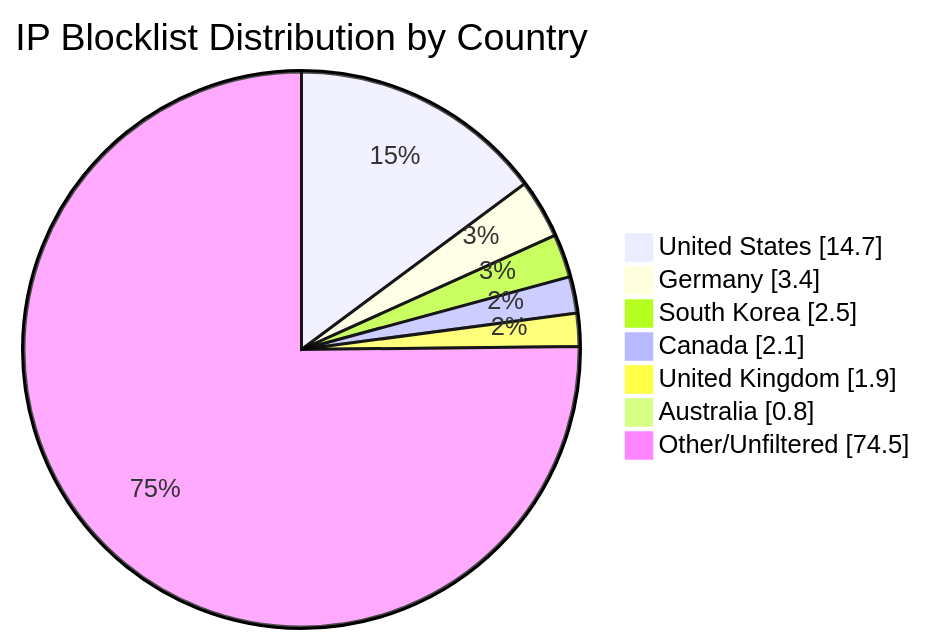
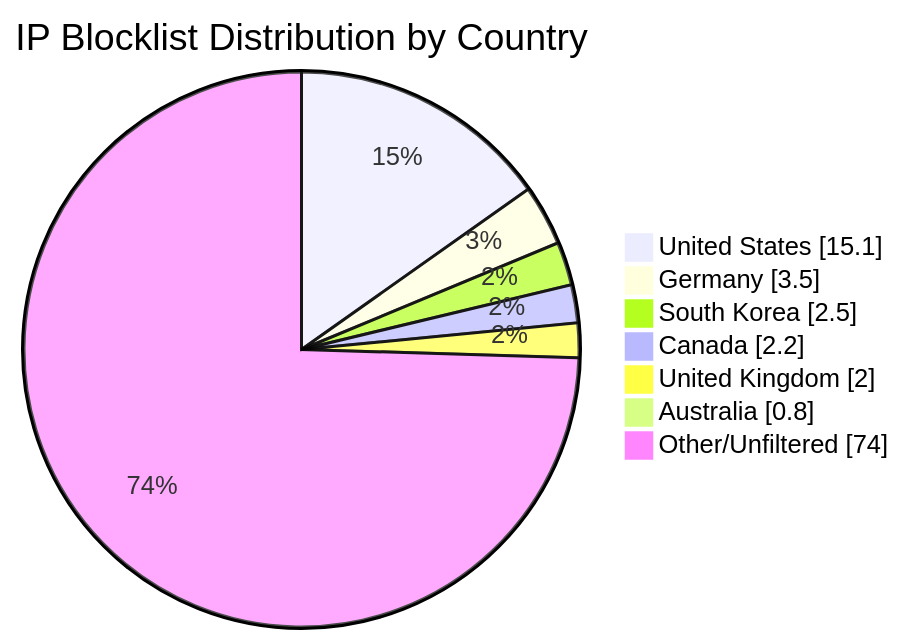
Before and after one commit to MarcusHoltz/ipblocklist-geofiltered-aggregator: the diagram in README.md, drawn with Mermaid. The commit also changed other lines of this file and 9 other files, not shown here.

````diff
--- a/README.md
+++ b/README.md
@@ -34,10 +34,10 @@
 ```mermaid
 pie showData title IP Blocklist Distribution by Country
-"United States" : 14.7
-"Germany" : 3.4
+"United States" : 15.1
+"Germany" : 3.5
 "South Korea" : 2.5
-"Canada" : 2.1
-"United Kingdom" : 1.9
+"Canada" : 2.2
+"United Kingdom" : 2.0
 "Australia" : 0.8
-"Other/Unfiltered" : 74.5
+"Other/Unfiltered" : 74.0
 ```
````
